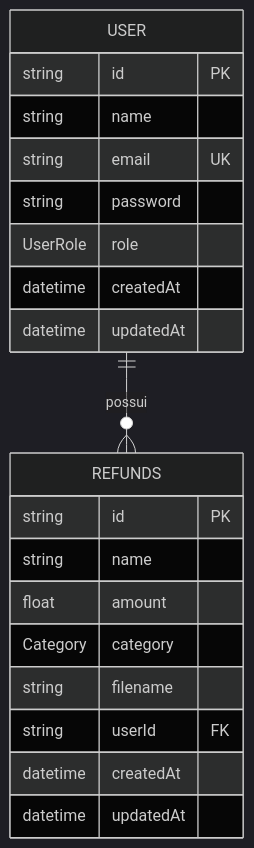
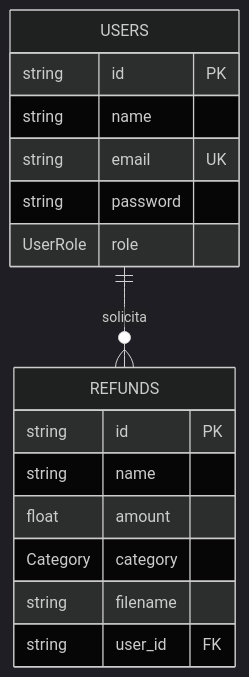
One commit to KevinLopes23/refund_api changed the second of 2 diagrams in README.md. Above: the diagram before and after it, drawn with Mermaid (dark theme). The commit also changed other lines of this file, not shown here.

````diff
--- a/README.md
+++ b/README.md
@@ -112,23 +70,19 @@
 ```mermaid
 erDiagram
-    USER ||--o{ REFUNDS : "possui"
-    USER {
+    USERS ||--o{ REFUNDS : "solicita"
+    USERS {
         string id PK
         string name
         string email UK
         string password
         UserRole role
-        datetime createdAt
-        datetime updatedAt
     }
     REFUNDS {
         string id PK
         string name
         float amount
         Category category
         string filename
-        string userId FK
-        datetime createdAt
-        datetime updatedAt
+        string user_id FK
     }
 ```
````
